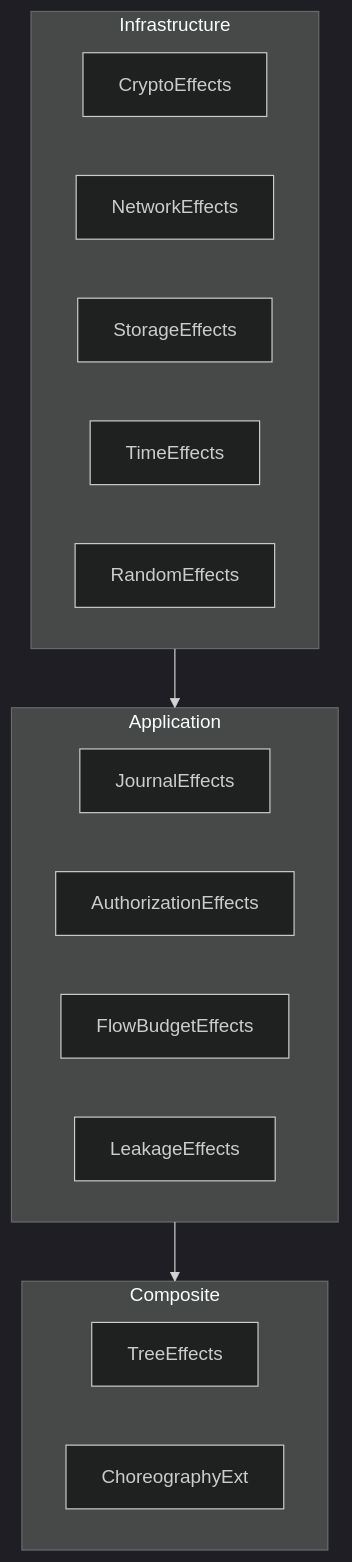
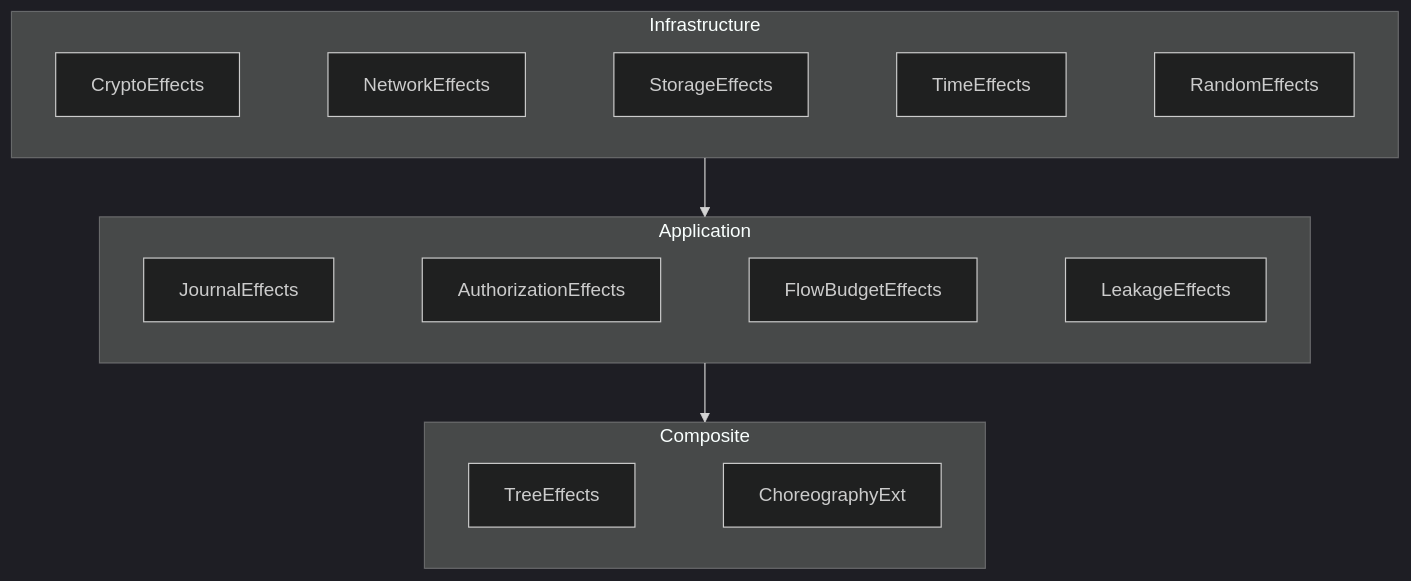
One commit to hxrts/aura changed the third of 5 diagrams in docs/001_system_architecture.md. Above: the diagram before and after it, drawn with Mermaid (dark theme).

Commit message:
docs: arrange effect diagram nodes horizontally within layers

````diff
--- a/docs/001_system_architecture.md
+++ b/docs/001_system_architecture.md
@@ -178,24 +178,19 @@
 ```mermaid
 flowchart TB
     subgraph L3["Composite"]
-        TRE[TreeEffects]
-        CHE[ChoreographyExt]
+        direction LR
+        TRE[TreeEffects] ~~~ CHE[ChoreographyExt]
     end
 
     subgraph L2["Application"]
-        JE[JournalEffects]
-        AE[AuthorizationEffects]
-        FE[FlowBudgetEffects]
-        LE[LeakageEffects]
+        direction LR
+        JE[JournalEffects] ~~~ AE[AuthorizationEffects] ~~~ FE[FlowBudgetEffects] ~~~ LE[LeakageEffects]
     end
 
     subgraph L1["Infrastructure"]
-        CE[CryptoEffects]
-        NE[NetworkEffects]
-        SE[StorageEffects]
-        TE[TimeEffects]
-        RE[RandomEffects]
+        direction LR
+        CE[CryptoEffects] ~~~ NE[NetworkEffects] ~~~ SE[StorageEffects] ~~~ TE[TimeEffects] ~~~ RE[RandomEffects]
     end
 
     L1 --> L2 --> L3
 ```
````
